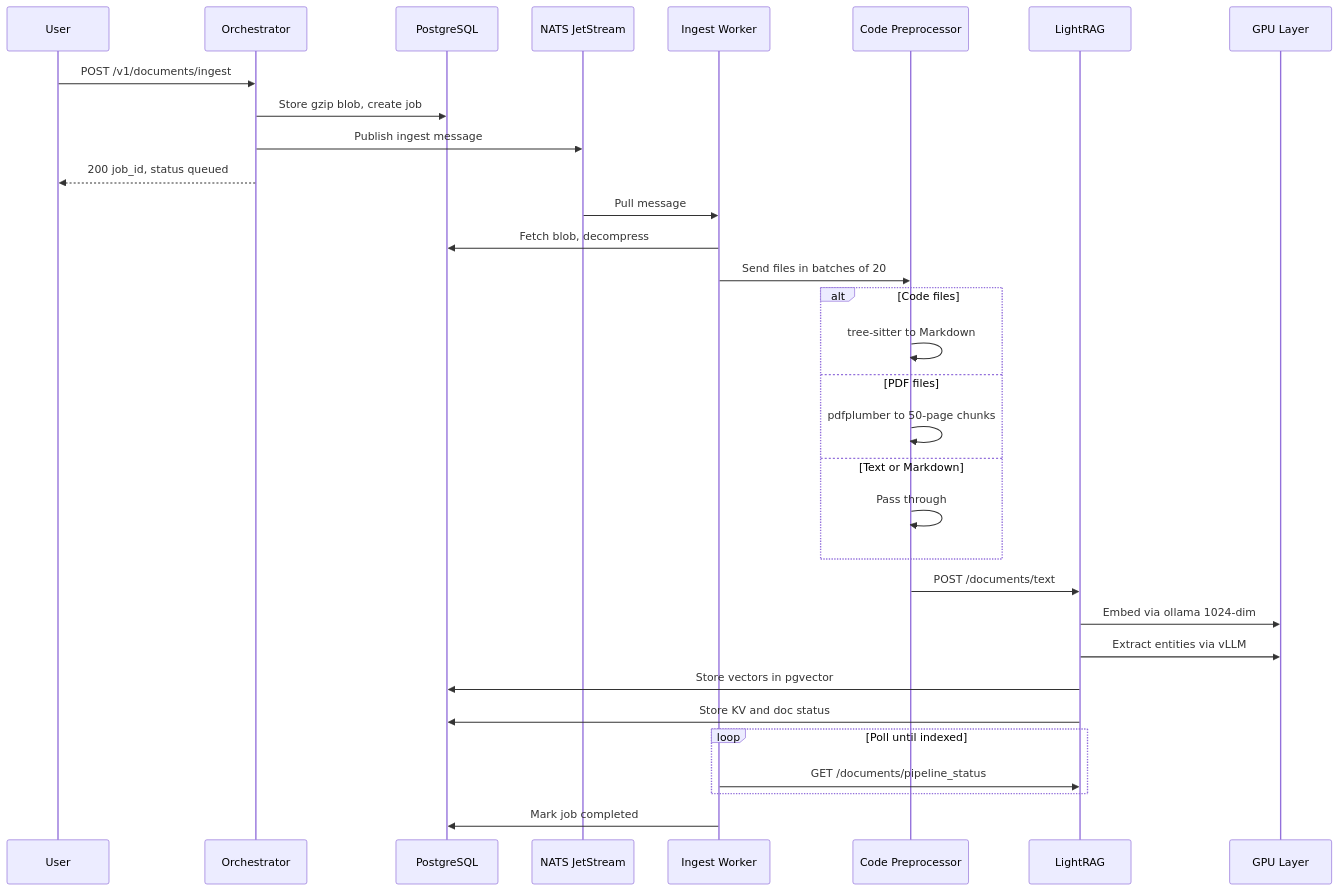
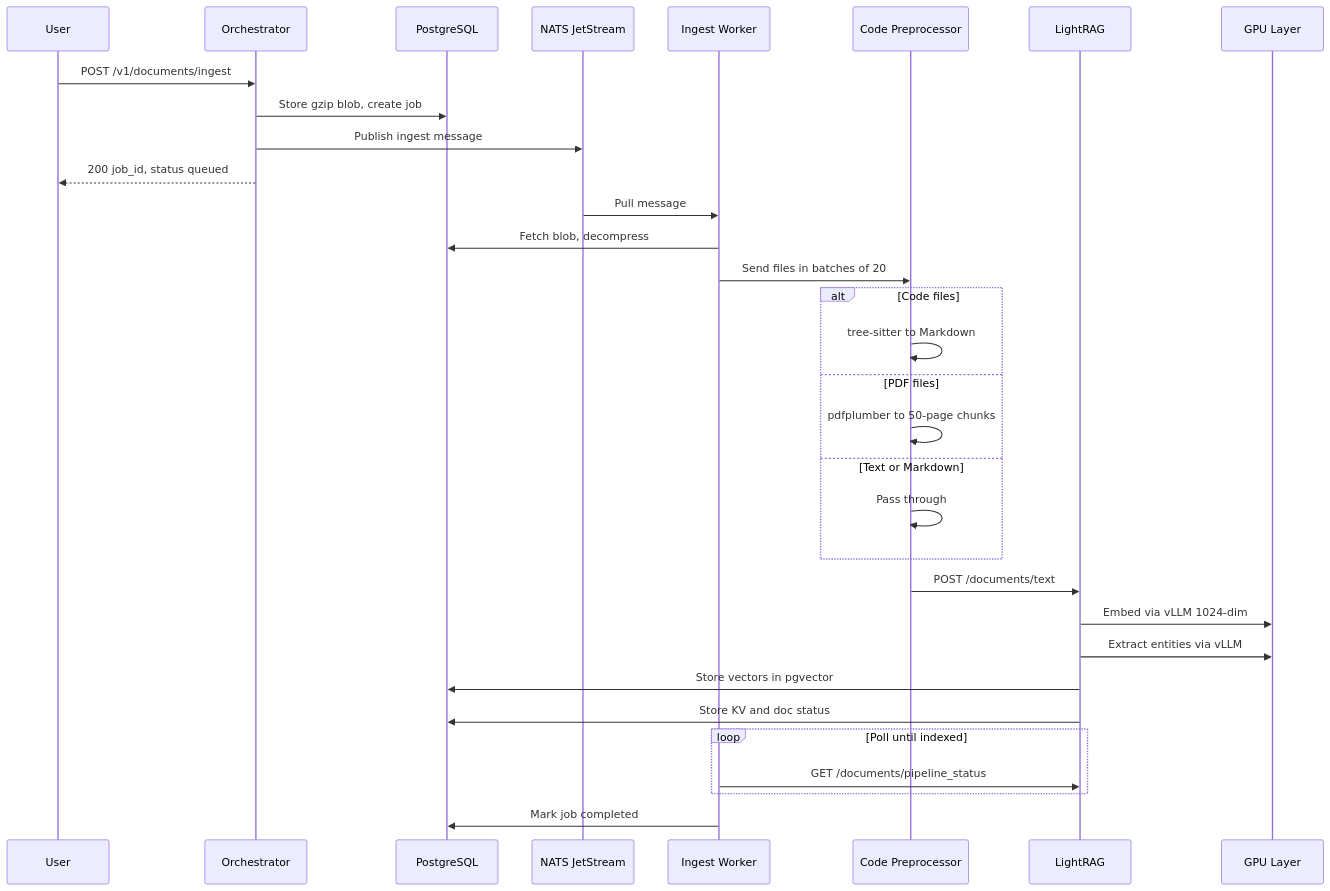
The second of 3 diagrams in README.md (blik616287/roadrunner), drawn with Mermaid before and after one commit. The commit also changed other lines of this file and 48 other files, not shown here.

Commit message:
blik616287--IN-1805--dgx - graphrag model tests and inference tuning

````diff
--- a/README.md
+++ b/README.md
@@ -235,40 +235,40 @@
 ```mermaid
 sequenceDiagram
     participant U as User
     participant O as Orchestrator
     participant PG as PostgreSQL
     participant NQ as NATS JetStream
     participant IW as Ingest Worker
     participant CP as Code Preprocessor
     participant LR as LightRAG
     participant GPU as GPU Layer
 
     U->>O: POST /v1/documents/ingest
     O->>PG: Store gzip blob, create job
     O->>NQ: Publish ingest message
     O-->>U: 200 job_id, status queued
 
     NQ->>IW: Pull message
     IW->>PG: Fetch blob, decompress
     IW->>CP: Send files in batches of 20
 
     alt Code files
         CP->>CP: tree-sitter to Markdown
     else PDF files
         CP->>CP: pdfplumber to 50-page chunks
     else Text or Markdown
         CP->>CP: Pass through
     end
 
     CP->>LR: POST /documents/text
-    LR->>GPU: Embed via ollama 1024-dim
+    LR->>GPU: Embed via vLLM 1024-dim
     LR->>GPU: Extract entities via vLLM
     LR->>PG: Store vectors in pgvector
     LR->>PG: Store KV and doc status
 
     loop Poll until indexed
         IW->>LR: GET /documents/pipeline_status
     end
 
     IW->>PG: Mark job completed
 ```
````
